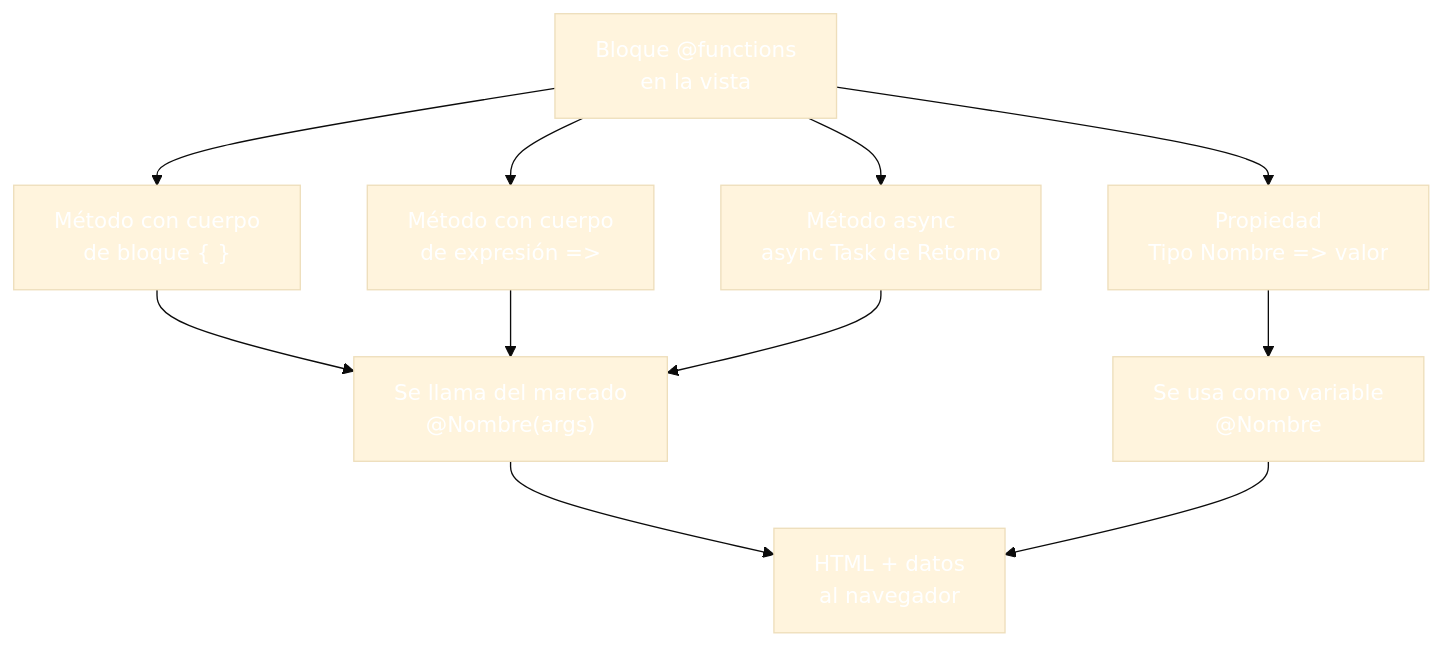
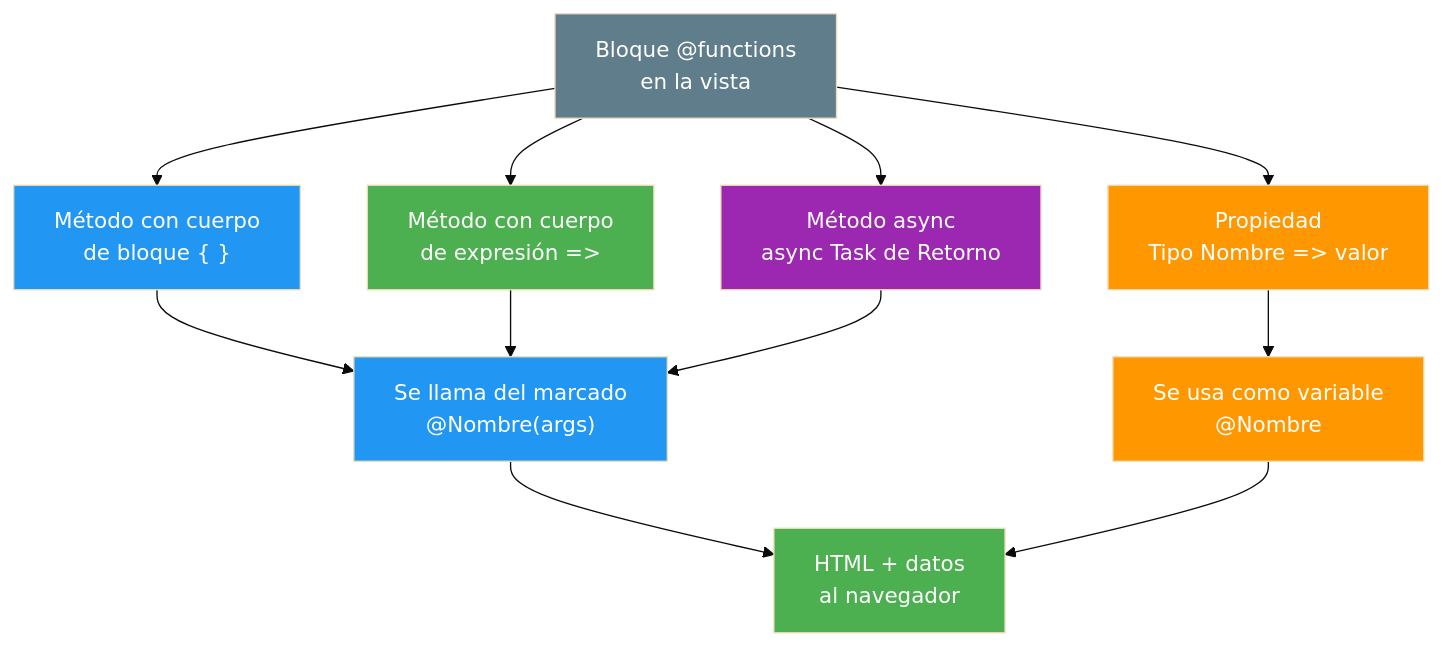
One commit to joseluisgs/DesarrolloWebEntornosServidor-03-2026-2027 changed the second of 4 diagrams in 04-funciones-metodos.md. Above: the diagram before and after it, drawn with Mermaid (base theme). The commit also changed other lines of this file and 25 other files, not shown here.

Commit message:
docs: corregir los estilos Mermaid de los temas y alinear el dominio del tema 25 con ProductosApp

````diff
--- a/04-funciones-metodos.md
+++ b/04-funciones-metodos.md
@@ -143,24 +143,24 @@
 ```mermaid
 graph TD
     A["Bloque @functions<br/>en la vista"] --> B["Método con cuerpo<br/>de bloque { }"]
     A --> C["Método con cuerpo<br/>de expresión =>"]
     A --> D["Propiedad<br/>Tipo Nombre => valor"]
     A --> E["Método async<br/>async Task de Retorno"]
 
     B --> F["Se llama del marcado<br/>@Nombre(args)"]
     C --> F
     D --> G["Se usa como variable<br/>@Nombre"]
     E --> F
 
     F --> H["HTML + datos<br/>al navegador"]
     G --> H
 
-    style A fill:#607D8,color:#fffB,color:#fff
-    style B fill:#2196F,color:#fff3,color:#fff
-    style C fill:#4CAF5,color:#fff0,color:#fff
-    style D fill:#FF980,color:#fff0,color:#fff
-    style E fill:#9C27B,color:#fff0,color:#fff
-    style F fill:#2196F,color:#fff3,color:#fff
-    style G fill:#FF980,color:#fff0,color:#fff
-    style H fill:#4CAF5,color:#fff0,color:#fff
+    style A fill:#607D8B,color:#fff
+    style B fill:#2196F3,color:#fff
+    style C fill:#4CAF50,color:#fff
+    style D fill:#FF9800,color:#fff
+    style E fill:#9C27B0,color:#fff
+    style F fill:#2196F3,color:#fff
+    style G fill:#FF9800,color:#fff
+    style H fill:#4CAF50,color:#fff
 ```
````
